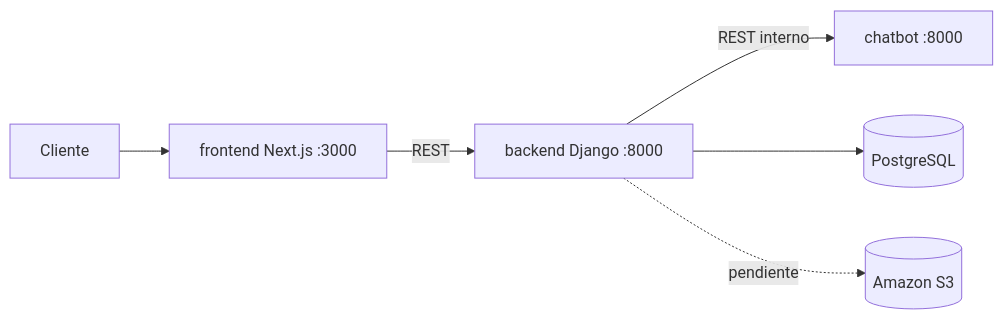
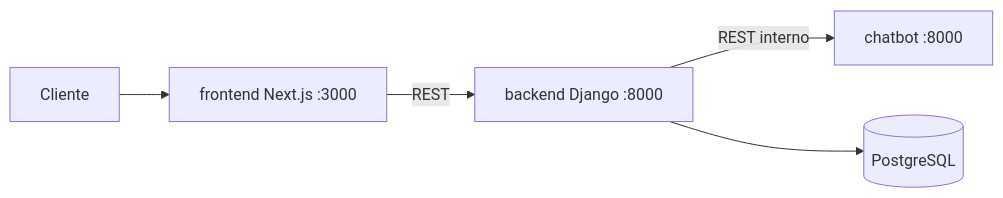
Before and after one commit to Dikey2/Chatbot-BlackDogStore-Cloud: the diagram in docs/ARQUITECTURA.md, drawn with Mermaid. The commit also changed other lines of this file and 100 other files, not shown here.

````diff
--- a/docs/ARQUITECTURA.md
+++ b/docs/ARQUITECTURA.md
@@ -16,8 +16,7 @@
 ```mermaid
 flowchart LR
     C[Cliente] --> F[frontend Next.js :3000]
     F -->|REST| B[backend Django :8000]
     B -->|REST interno| H[chatbot :8000]
     B --> D[(PostgreSQL)]
-    B -.->|pendiente| S[(Amazon S3)]
 ```
````
